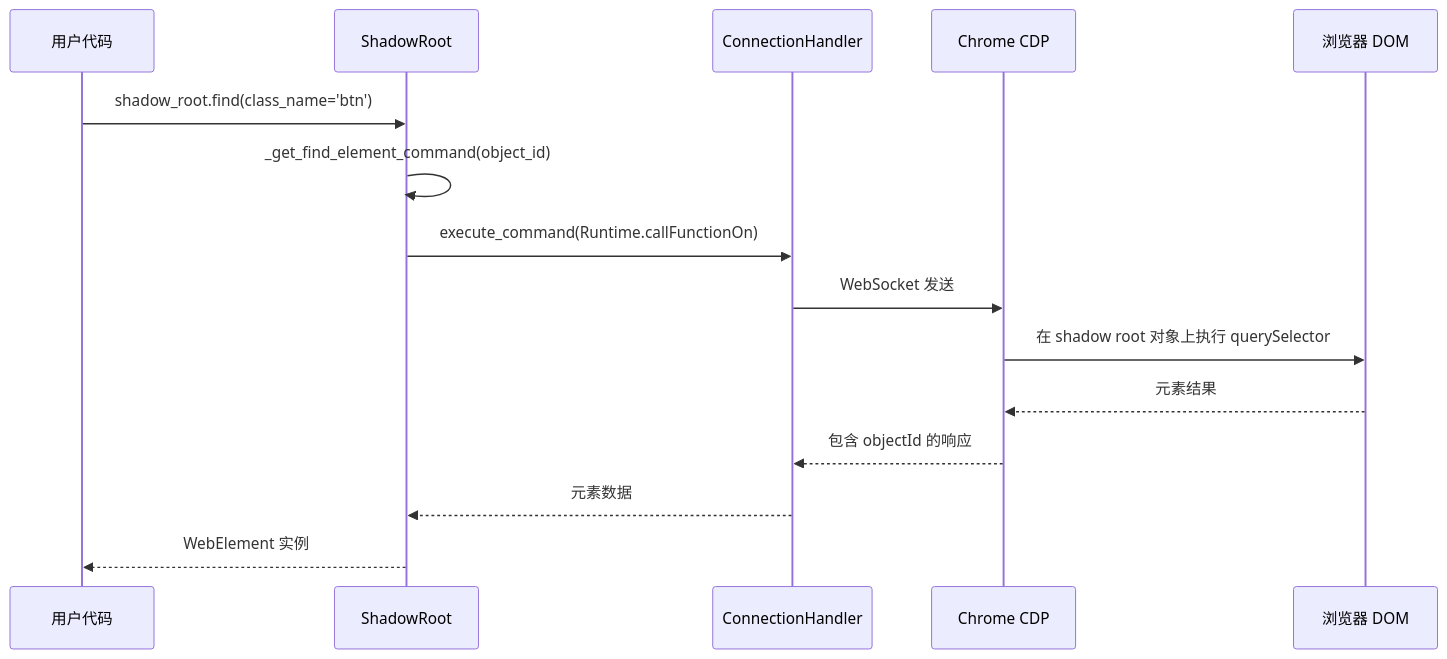
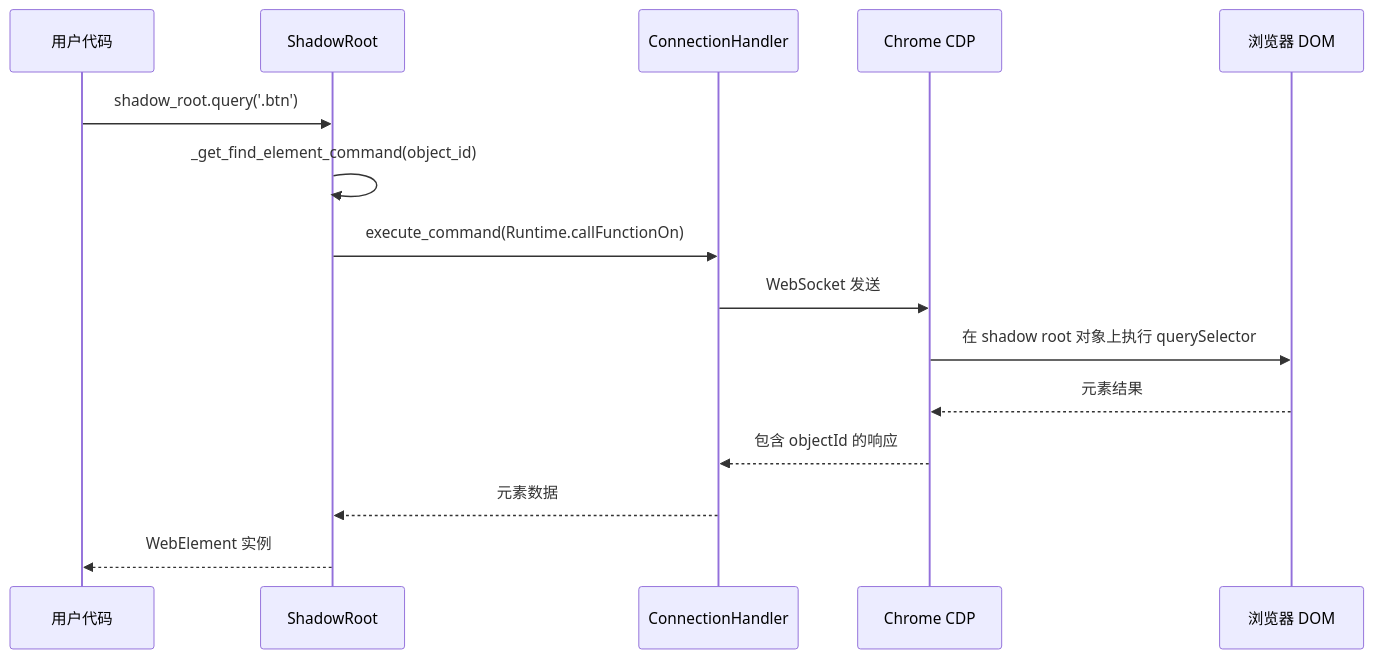
Before and after one commit to autoscrape-labs/pydoll: the second of 6 diagrams in docs/zh/deep-dive/architecture/shadow-dom.md, drawn with Mermaid. The commit also changed other lines of this file and 6 other files, not shown here.

First line of the commit message:
fix(docs): replace shadow.find() with query() in all documentation

````diff
--- a/docs/zh/deep-dive/architecture/shadow-dom.md
+++ b/docs/zh/deep-dive/architecture/shadow-dom.md
@@ -66,18 +66,18 @@
 ```mermaid
 sequenceDiagram
     participant User as 用户代码
     participant SR as ShadowRoot
     participant CH as ConnectionHandler
     participant CDP as Chrome CDP
     participant DOM as 浏览器 DOM
 
-    User->>SR: shadow_root.find(class_name='btn')
+    User->>SR: shadow_root.query('.btn')
     SR->>SR: _get_find_element_command(object_id)
     SR->>CH: execute_command(Runtime.callFunctionOn)
     CH->>CDP: WebSocket 发送
     CDP->>DOM: 在 shadow root 对象上执行 querySelector
     DOM-->>CDP: 元素结果
     CDP-->>CH: 包含 objectId 的响应
     CH-->>SR: 元素数据
     SR-->>User: WebElement 实例
 ```
````
